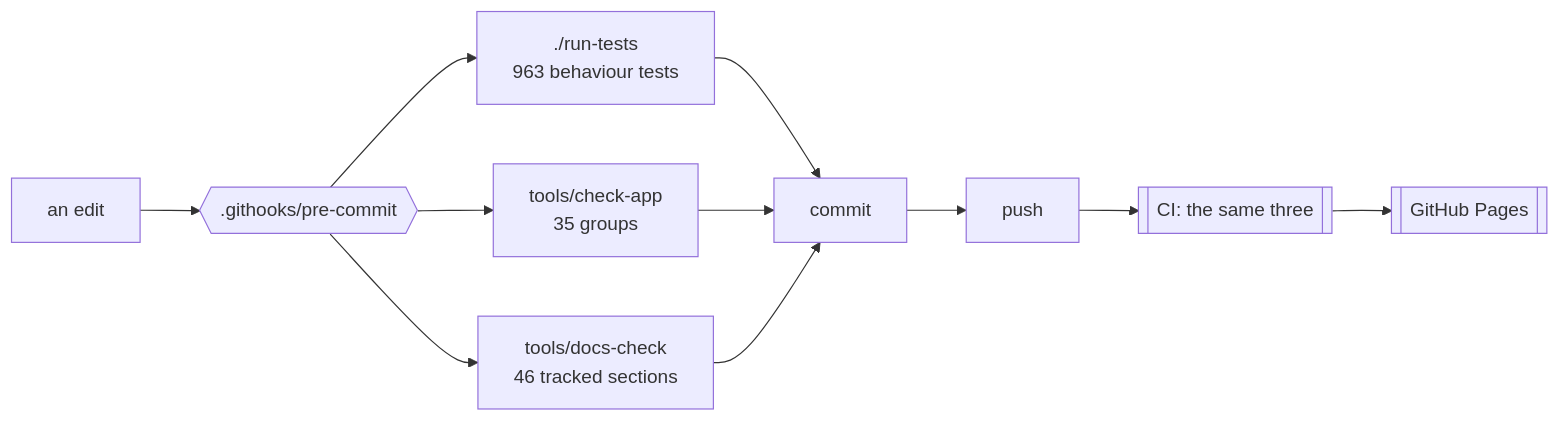
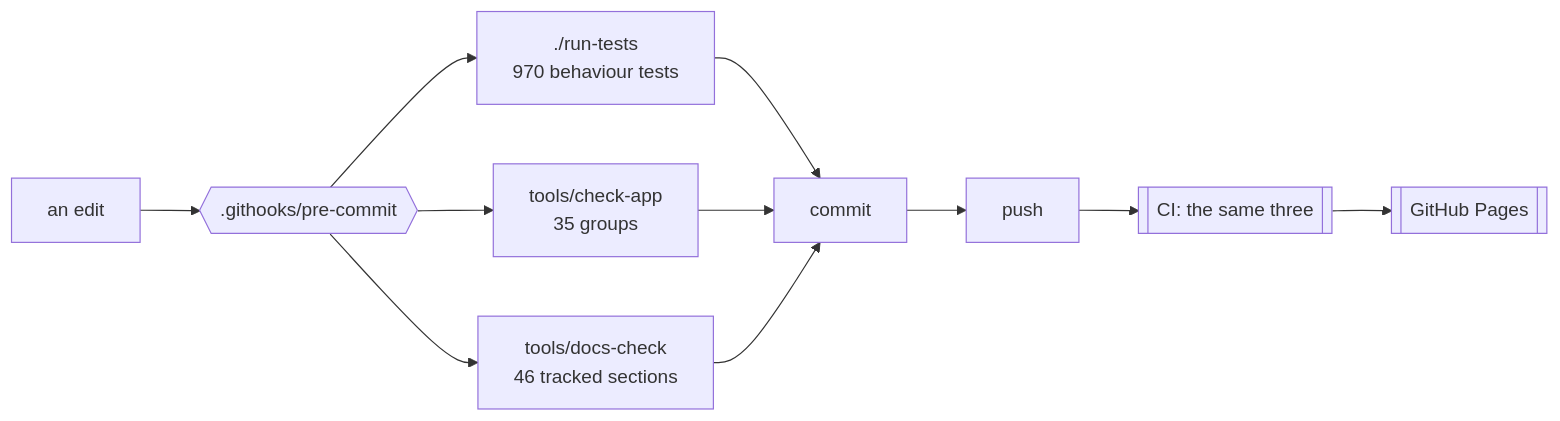
The first of 3 diagrams in docs/DEVELOPING.md (minormending/crystal-pilot-mobile), drawn with Mermaid before and after one commit. The commit also changed other lines of this file and 6 other files, not shown here.

````diff
--- a/docs/DEVELOPING.md
+++ b/docs/DEVELOPING.md
@@ -15,12 +15,12 @@
 ```mermaid
 flowchart LR
     E[an edit] --> H{{".githooks/pre-commit"}}
-    H --> T["./run-tests<br/>963 behaviour tests"]
+    H --> T["./run-tests<br/>970 behaviour tests"]
     H --> C["tools/check-app<br/>35 groups"]
     H --> D["tools/docs-check<br/>46 tracked sections"]
     T --> OK[commit]
     C --> OK
     D --> OK
     OK --> P[push] --> CI[["CI: the same three"]]
     CI --> PG[[GitHub Pages]]
 ```
````
